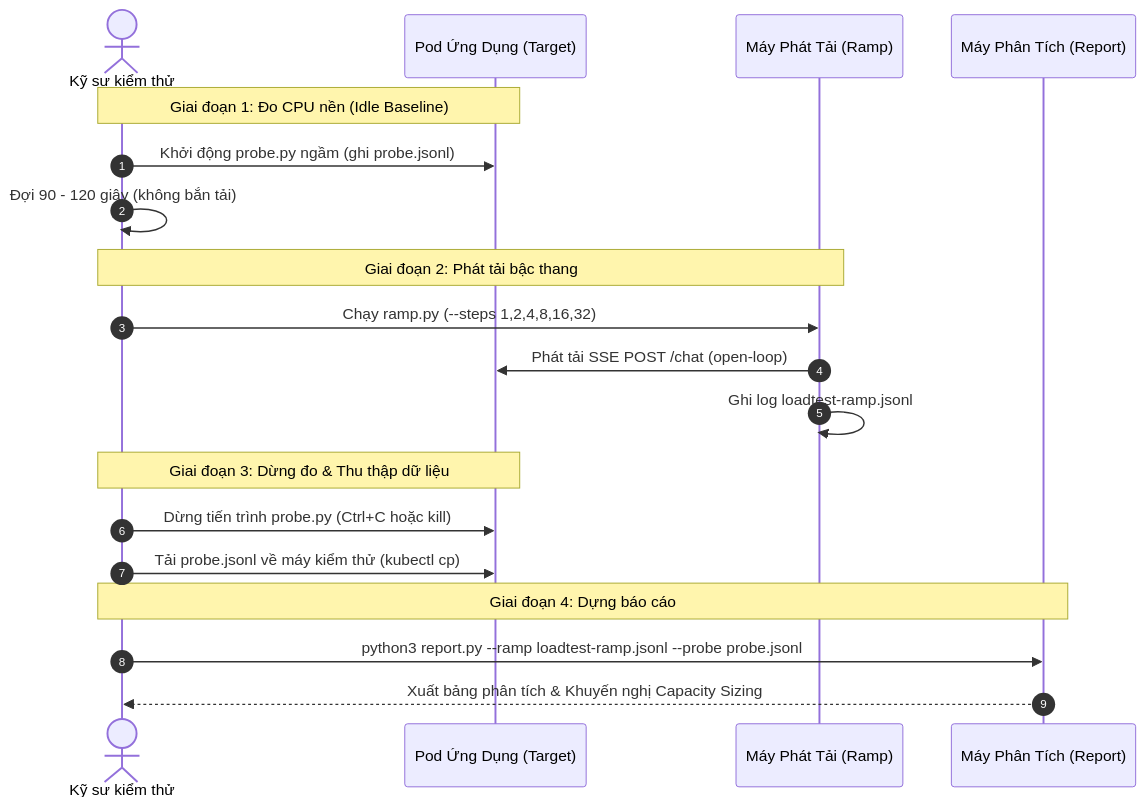
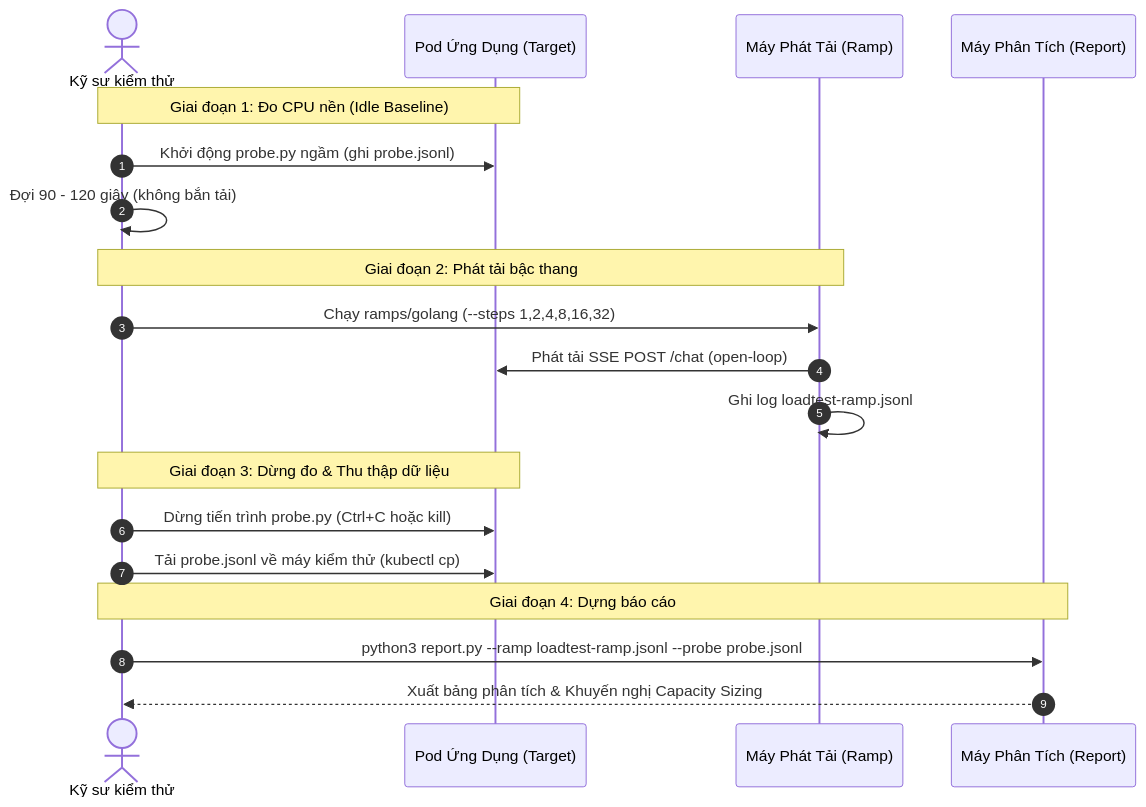
The second of 2 diagrams in README.md (duyhustvn/capsizer), drawn with Mermaid before and after one commit. The commit also changed other lines of this file and 12 other files, not shown here.

````diff
--- a/README.md
+++ b/README.md
@@ -197,25 +184,25 @@
 ```mermaid
 sequenceDiagram
     autonumber
     actor Dev as Kỹ sư kiểm thử
     participant Pod as Pod Ứng Dụng (Target)
     participant Generator as Máy Phát Tải (Ramp)
     participant Analyzer as Máy Phân Tích (Report)
 
     Note over Dev,Pod: Giai đoạn 1: Đo CPU nền (Idle Baseline)
     Dev->>Pod: Khởi động probe.py ngầm (ghi probe.jsonl)
     Dev->>Dev: Đợi 90 - 120 giây (không bắn tải)
     
     Note over Dev,Generator: Giai đoạn 2: Phát tải bậc thang
-    Dev->>Generator: Chạy ramp.py (--steps 1,2,4,8,16,32)
+    Dev->>Generator: Chạy ramps/golang (--steps 1,2,4,8,16,32)
     Generator->>Pod: Phát tải SSE POST /chat (open-loop)
     Generator->>Generator: Ghi log loadtest-ramp.jsonl
     
     Note over Dev,Pod: Giai đoạn 3: Dừng đo & Thu thập dữ liệu
     Dev->>Pod: Dừng tiến trình probe.py (Ctrl+C hoặc kill)
     Dev->>Pod: Tải probe.jsonl về máy kiểm thử (kubectl cp)
     
     Note over Dev,Analyzer: Giai đoạn 4: Dựng báo cáo
     Dev->>Analyzer: python3 report.py --ramp loadtest-ramp.jsonl --probe probe.jsonl
     Analyzer-->>Dev: Xuất bảng phân tích & Khuyến nghị Capacity Sizing
 ```
````
